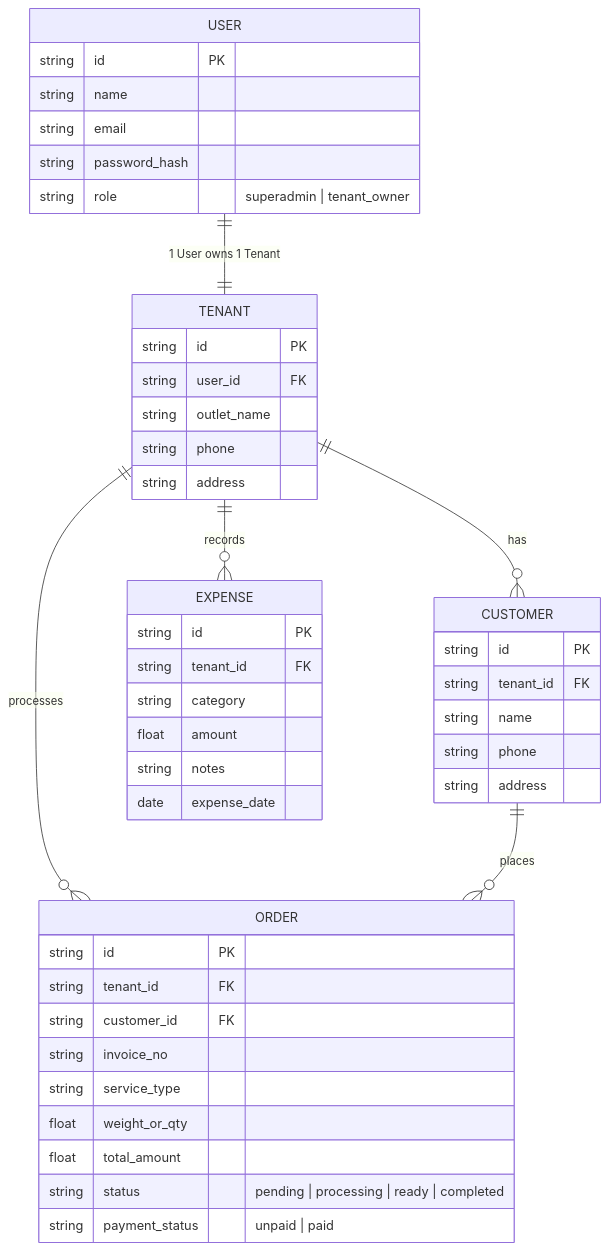
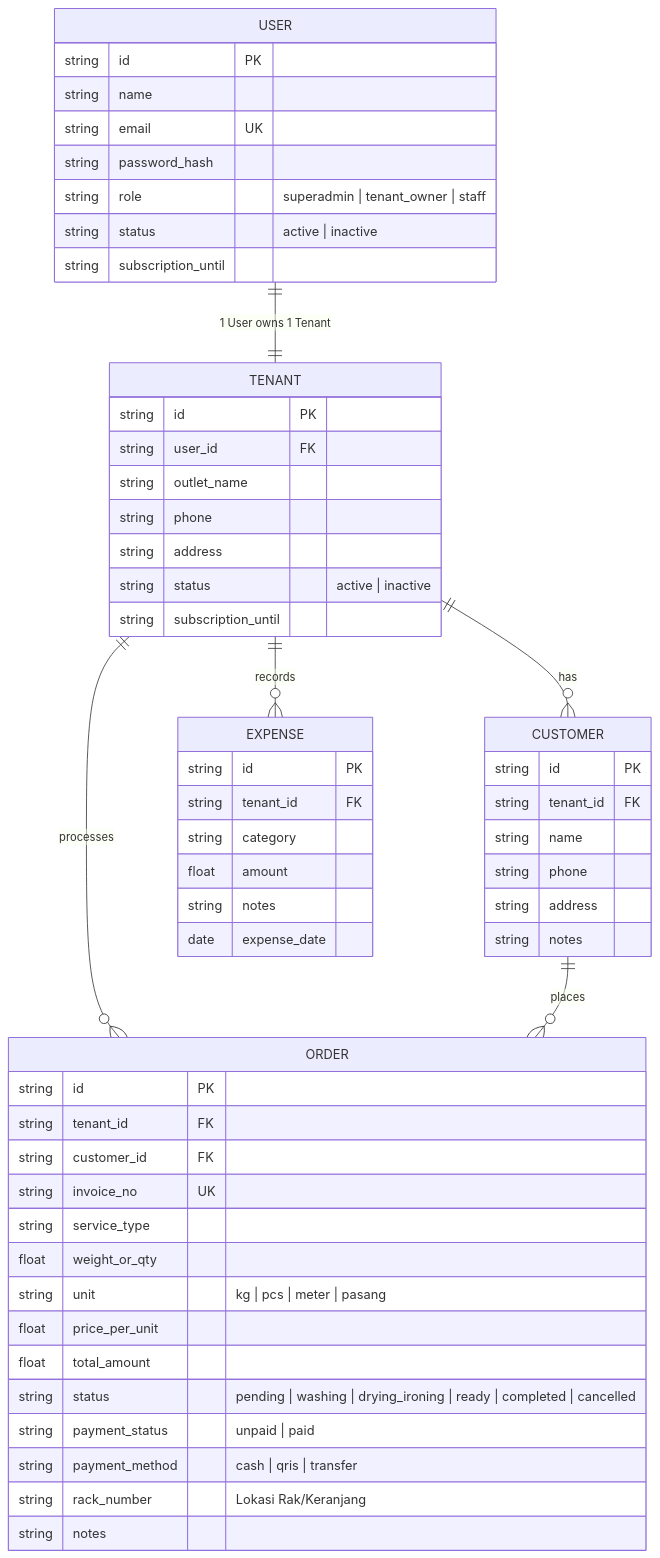
One commit to cleaniqueacademy/orchidbrand-smart-loundry changed the diagram in README.md. Above: the diagram before and after it, drawn with Mermaid. The commit also changed other lines of this file and 31 other files, not shown here.

Commit message:
feat: add full-stack laundry management application with frontend UI components and backend database schema

````diff
--- a/README.md
+++ b/README.md
@@ -158,53 +180,63 @@
 ```mermaid
 erDiagram
     USER ||--|| TENANT : "1 User owns 1 Tenant"
     TENANT ||--o{ CUSTOMER : "has"
     TENANT ||--o{ ORDER : "processes"
     TENANT ||--o{ EXPENSE : "records"
     CUSTOMER ||--o{ ORDER : "places"
 
     USER {
         string id PK
         string name
-        string email
+        string email UK
         string password_hash
-        string role "superadmin | tenant_owner"
+        string role "superadmin | tenant_owner | staff"
+        string status "active | inactive"
+        string subscription_until
     }
 
     TENANT {
         string id PK
         string user_id FK
         string outlet_name
         string phone
         string address
+        string status "active | inactive"
+        string subscription_until
     }
 
     CUSTOMER {
         string id PK
         string tenant_id FK
         string name
         string phone
         string address
+        string notes
     }
 
     ORDER {
         string id PK
         string tenant_id FK
         string customer_id FK
-        string invoice_no
+        string invoice_no UK
         string service_type
         float weight_or_qty
+        string unit "kg | pcs | meter | pasang"
+        float price_per_unit
         float total_amount
-        string status "pending | processing | ready | completed"
+        string status "pending | washing | drying_ironing | ready | completed | cancelled"
         string payment_status "unpaid | paid"
+        string payment_method "cash | qris | transfer"
+        string rack_number "Lokasi Rak/Keranjang"
+        string notes
     }
 
     EXPENSE {
         string id PK
         string tenant_id FK
         string category
         float amount
         string notes
         date expense_date
     }
 ```
````
